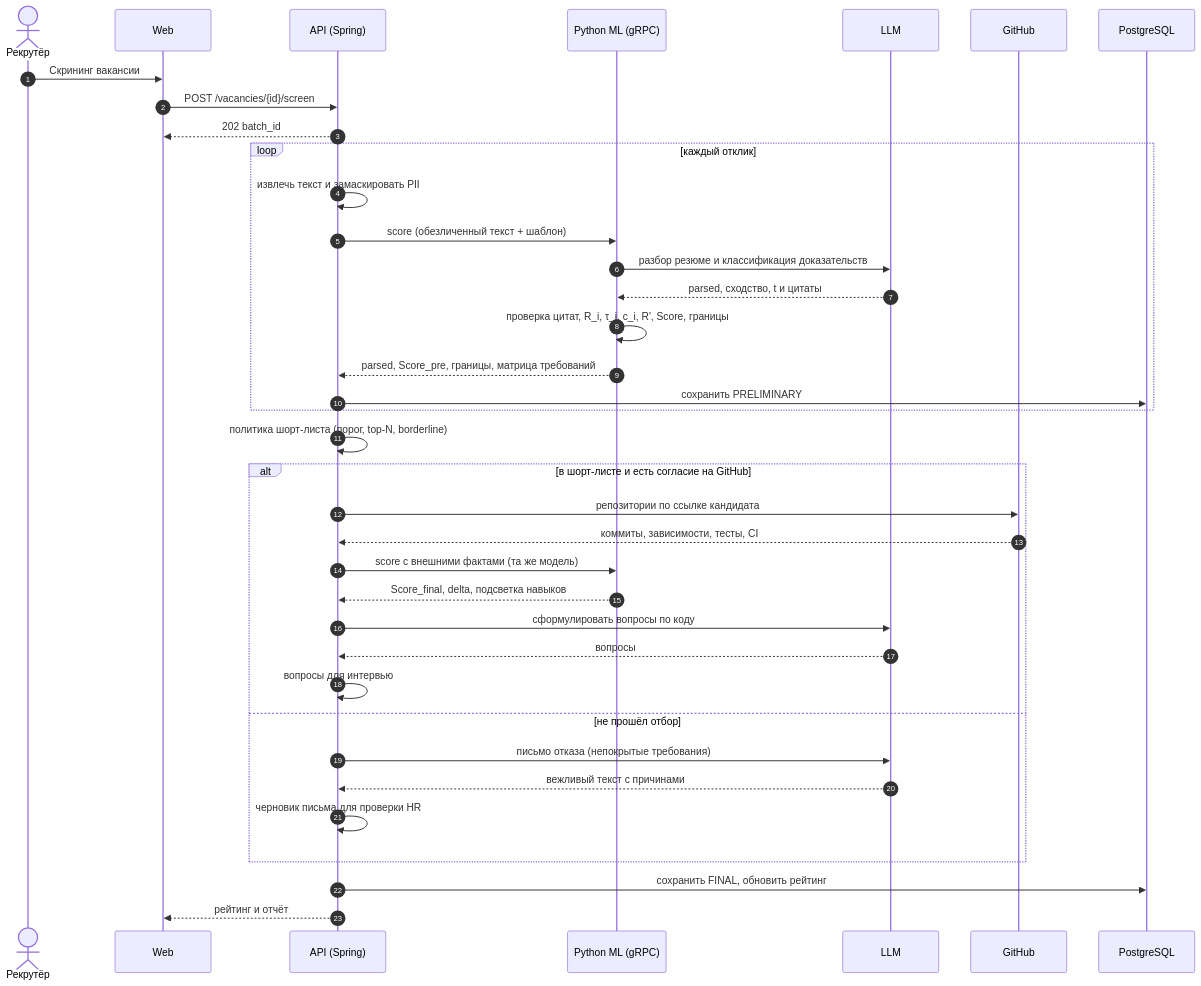
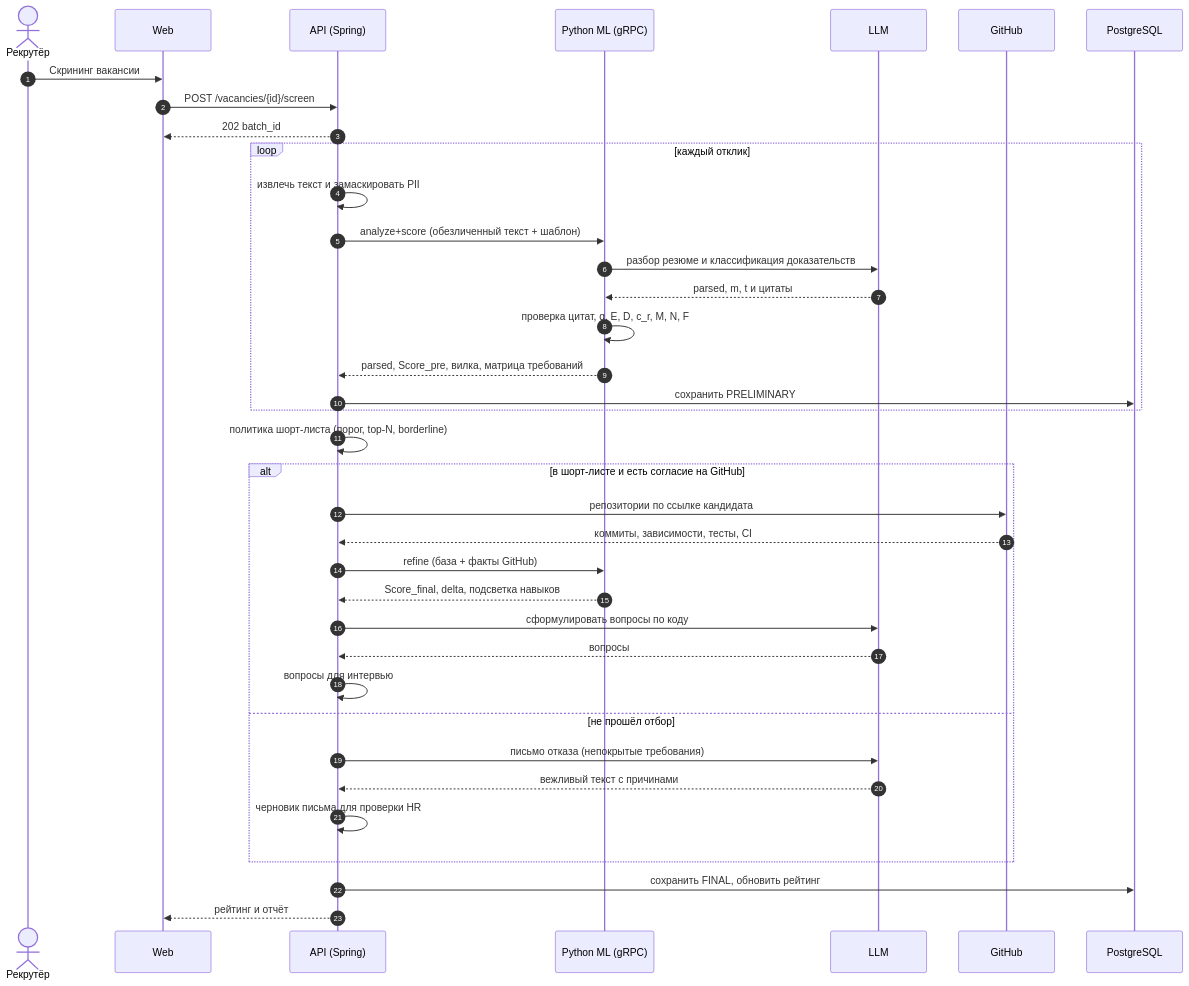
One commit to MiZentUi/tracing_ats changed the third of 7 diagrams in README.md. Above: the diagram before and after it, drawn with Mermaid. The commit also changed other lines of this file and 131 other files, not shown here.

````diff
--- a/README.md
+++ b/README.md
@@ -289,40 +286,40 @@
 ```mermaid
 sequenceDiagram
     autonumber
     actor HR as Рекрутёр
     participant W as Web
     participant A as API (Spring)
     participant P as Python ML (gRPC)
     participant L as LLM
     participant G as GitHub
     participant D as PostgreSQL
 
     HR->>W: Скрининг вакансии
     W->>A: POST /vacancies/{id}/screen
     A-->>W: 202 batch_id
     loop каждый отклик
         A->>A: извлечь текст и замаскировать PII
-        A->>P: score (обезличенный текст + шаблон)
+        A->>P: analyze+score (обезличенный текст + шаблон)
         P->>L: разбор резюме и классификация доказательств
-        L-->>P: parsed, сходство, t и цитаты
-        P->>P: проверка цитат, R_i, τ_i, c_i, R', Score, границы
-        P-->>A: parsed, Score_pre, границы, матрица требований
+        L-->>P: parsed, m, t и цитаты
+        P->>P: проверка цитат, q, E, D, c_r, M, N, F
+        P-->>A: parsed, Score_pre, вилка, матрица требований
         A->>D: сохранить PRELIMINARY
     end
     A->>A: политика шорт-листа (порог, top-N, borderline)
     alt в шорт-листе и есть согласие на GitHub
         A->>G: репозитории по ссылке кандидата
         G-->>A: коммиты, зависимости, тесты, CI
-        A->>P: score с внешними фактами (та же модель)
+        A->>P: refine (база + факты GitHub)
         P-->>A: Score_final, delta, подсветка навыков
         A->>L: сформулировать вопросы по коду
         L-->>A: вопросы
         A->>A: вопросы для интервью
     else не прошёл отбор
         A->>L: письмо отказа (непокрытые требования)
         L-->>A: вежливый текст с причинами
         A->>A: черновик письма для проверки HR
     end
     A->>D: сохранить FINAL, обновить рейтинг
     A-->>W: рейтинг и отчёт
 ```
````
